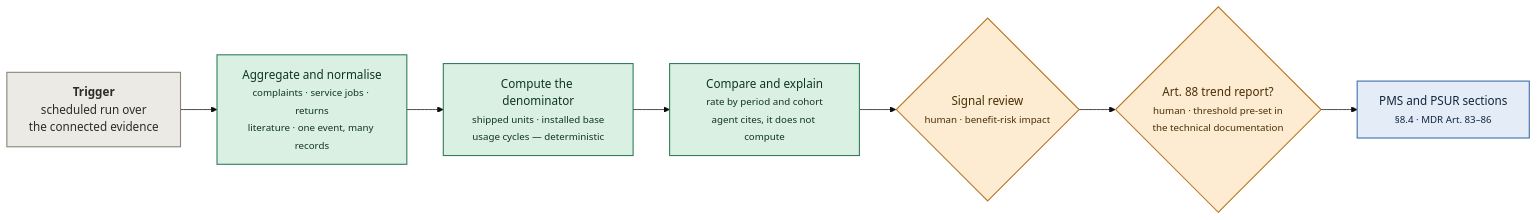
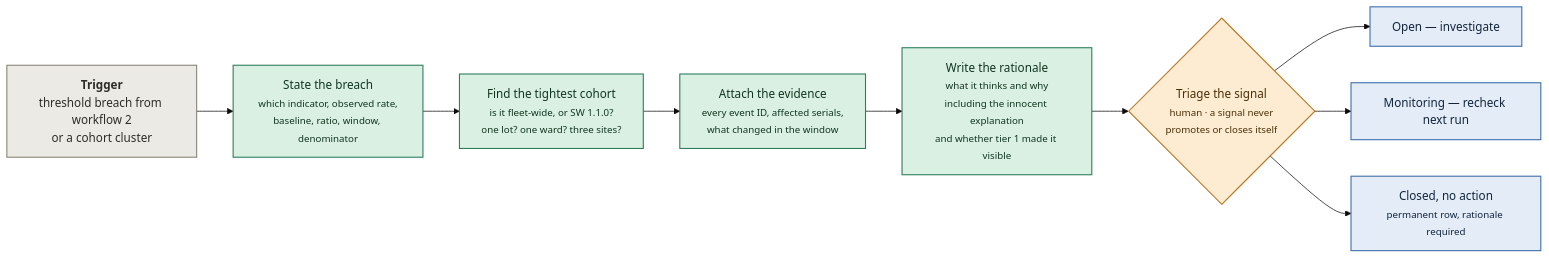
The sixth of 9 diagrams in plan/DIAGRAMS.md (Tchanwangsa/forward-hack), drawn with Mermaid (base theme) before and after one commit. The commit also changed other lines of this file and 15 other files, not shown here.

````diff
--- a/plan/DIAGRAMS.md
+++ b/plan/DIAGRAMS.md
@@ -176,19 +198,24 @@
 ```mermaid
 flowchart LR
-  T["<b>Trigger</b><br/>scheduled run over<br/>the connected evidence"]
-  A1["Aggregate and normalise<br/><small>complaints · service jobs · returns<br/>literature · one event, many records</small>"]
-  A2["Compute the denominator<br/><small>shipped units · installed base<br/>usage cycles — deterministic</small>"]
-  A3["Compare and explain<br/><small>rate by period and cohort<br/>agent cites, it does not compute</small>"]
-  G1{"Signal review<br/><small>human · benefit-risk impact</small>"}
-  G2{"Art. 88 trend report?<br/><small>human · threshold pre-set in<br/>the technical documentation</small>"}
-  O["PMS and PSUR sections<br/><small>§8.4 · MDR Art. 83–86</small>"]
-  T --> A1 --> A2 --> A3 --> G1 --> G2 --> O
+  T["<b>Trigger</b><br/>threshold breach from workflow 2<br/>or a cohort cluster"]
+  A1["State the breach<br/><small>which indicator, observed rate,<br/>baseline, ratio, window, denominator</small>"]
+  A2["Find the tightest cohort<br/><small>is it fleet-wide, or SW 1.1.0?<br/>one lot? one ward? three sites?</small>"]
+  A3["Attach the evidence<br/><small>every event ID, affected serials,<br/>what changed in the window</small>"]
+  A4["Write the rationale<br/><small>what it thinks and why<br/>including the innocent explanation<br/>and whether tier 1 made it visible</small>"]
+  G{"Triage the signal<br/><small>human · a signal never<br/>promotes or closes itself</small>"}
+  O1["Open — investigate"]
+  O2["Monitoring — recheck next run"]
+  O3["Closed, no action<br/><small>permanent row, rationale required</small>"]
+  T --> A1 --> A2 --> A3 --> A4 --> G
+  G --> O1
+  G --> O2
+  G --> O3
   classDef trigger fill:#eceae5,stroke:#8a8578,stroke-width:1.5px,color:#2e2c27
   classDef agent fill:#d9f0e3,stroke:#2f7d5d,stroke-width:1.5px,color:#12351f
   classDef gate fill:#fdecd2,stroke:#b8761f,stroke-width:1.5px,color:#4a2f07
   classDef out fill:#e3ecf7,stroke:#3f6ea8,stroke-width:1.5px,color:#12253d
   class T trigger
-  class A1,A2,A3 agent
-  class G1,G2 gate
-  class O out
+  class A1,A2,A3,A4 agent
+  class G gate
+  class O1,O2,O3 out
 ```
````
